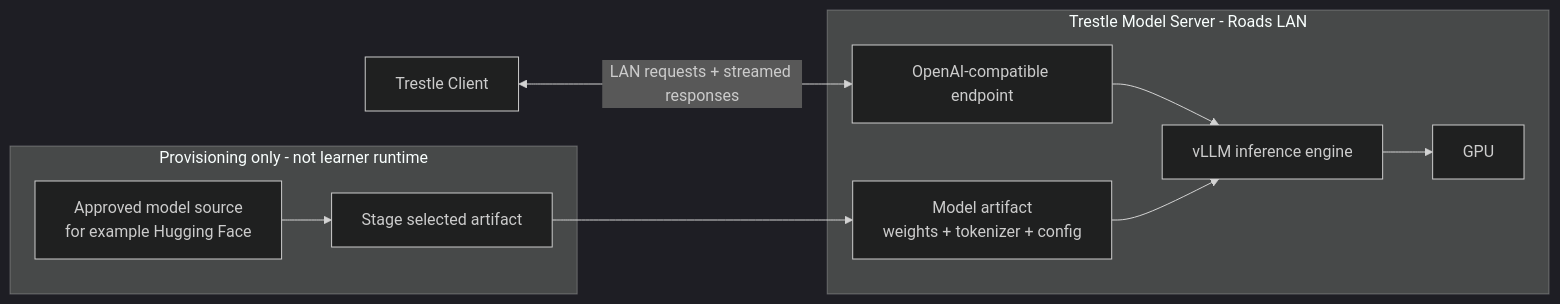
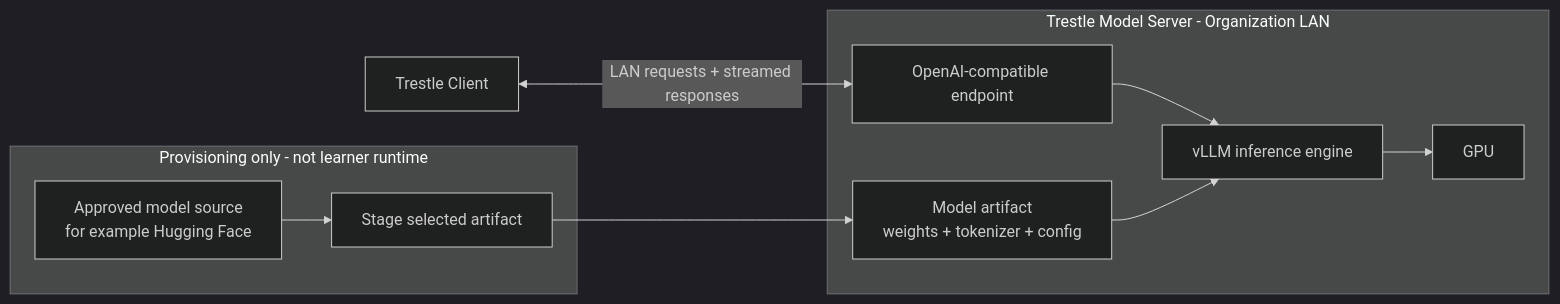
One commit to camacho/roads-ai changed the fourth of 4 diagrams in docs/rfc-001/README.md. Above: the diagram before and after it, drawn with Mermaid (dark theme). The commit also changed other lines of this file and 7 other files, not shown here.

````diff
--- a/docs/rfc-001/README.md
+++ b/docs/rfc-001/README.md
@@ -364,13 +364,13 @@
 ```mermaid
 flowchart LR
   subgraph Provisioning[Provisioning only - not learner runtime]
     Registry[Approved model source<br/>for example Hugging Face] --> Stage[Stage selected artifact]
   end
-  subgraph Server[Trestle Model Server - Roads LAN]
+  subgraph Server[Trestle Model Server - Organization LAN]
     Stage --> Artifact[Model artifact<br/>weights + tokenizer + config]
     Request[OpenAI-compatible endpoint] --> Engine[vLLM inference engine]
     Artifact --> Engine
     Engine --> GPU[GPU]
   end
   Client[Trestle Client] <-->|LAN requests + streamed responses| Request
 ```
````
